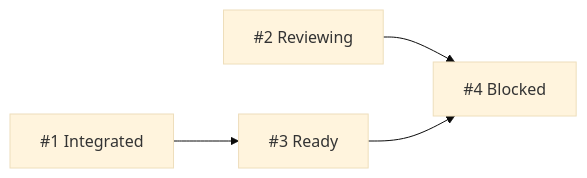
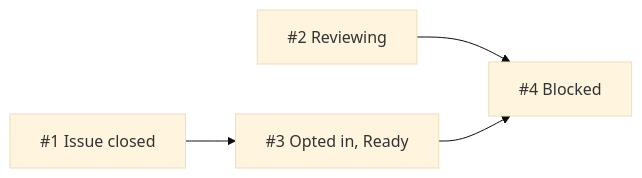
The fifth of 7 diagrams in docfx/developer-guide/run-lifecycle.md (FlorianAlbert/WebDevLoop), drawn with Mermaid (base theme) before and after one commit. The commit also changed other lines of this file and 40 other files, not shown here.

````diff
--- a/docfx/developer-guide/run-lifecycle.md
+++ b/docfx/developer-guide/run-lifecycle.md
@@ -177,6 +177,6 @@
 ```mermaid
 flowchart LR
-    A["#1 Integrated"] --> C["#3 Ready"]
+    A["#1 Issue closed"] --> C["#3 Opted in, Ready"]
     B["#2 Reviewing"] --> D["#4 Blocked"]
     C --> D
 ```
````
